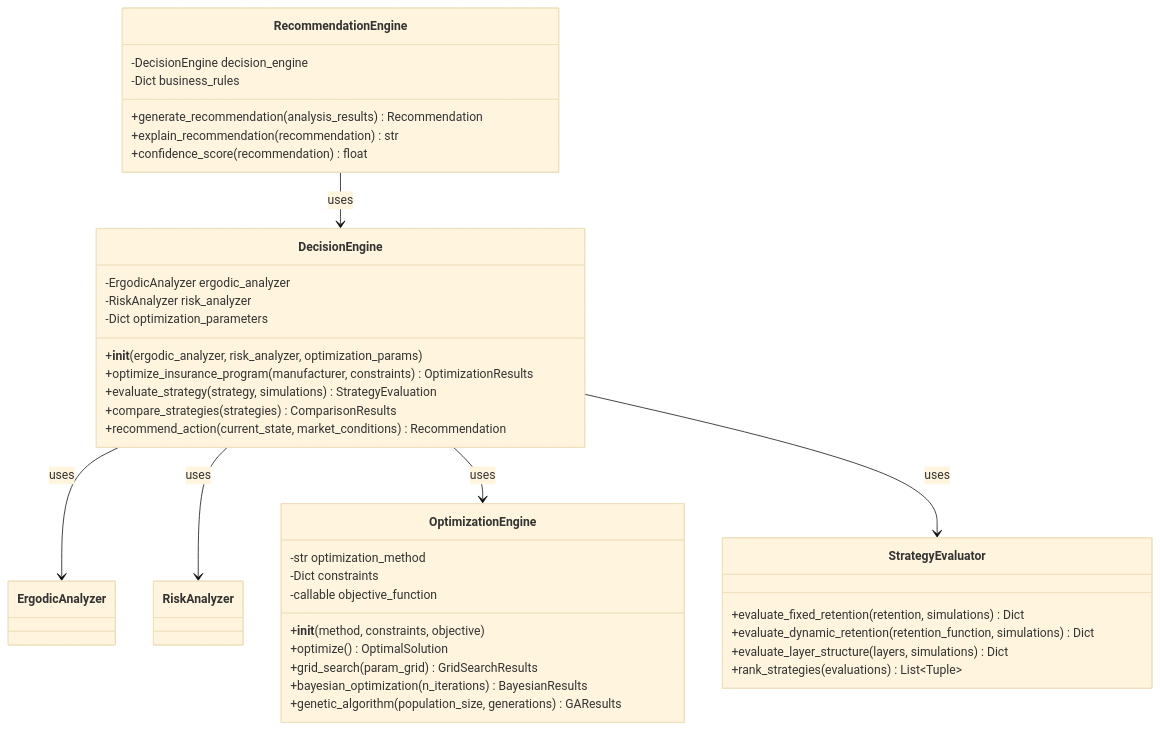
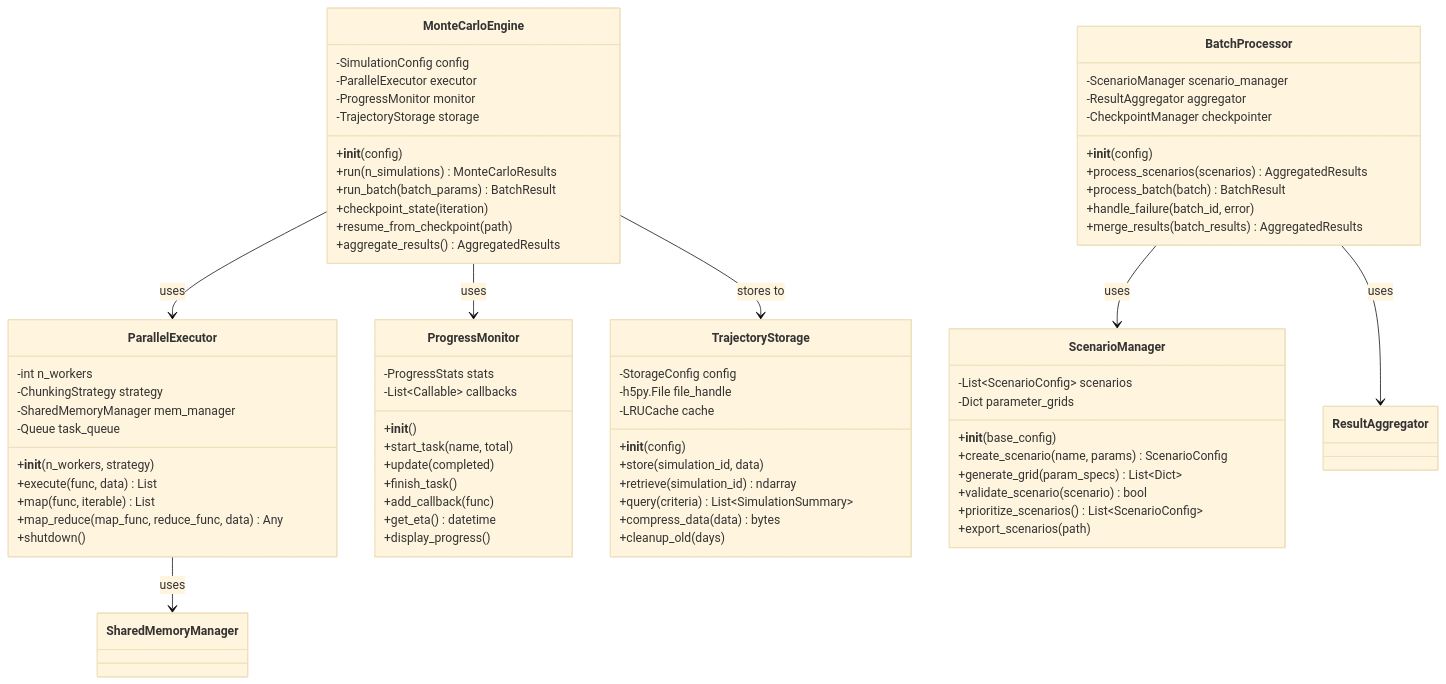
One commit to AlexFiliakov/Ergodic-Insurance-Limits changed the second of 5 diagrams in ergodic_insurance/docs/architecture/class_diagrams/service_layer.md. Above: the diagram before and after it, drawn with Mermaid (base theme). The commit also changed other lines of this file and 24 other files, not shown here.

````diff
--- a/ergodic_insurance/docs/architecture/class_diagrams/service_layer.md
+++ b/ergodic_insurance/docs/architecture/class_diagrams/service_layer.md
@@ -59,45 +81,80 @@
 ```mermaid
 classDiagram
-    class DecisionEngine {
-        -ErgodicAnalyzer ergodic_analyzer
-        -RiskAnalyzer risk_analyzer
-        -Dict optimization_parameters
-        +__init__(ergodic_analyzer, risk_analyzer, optimization_params)
-        +optimize_insurance_program(manufacturer, constraints) OptimizationResults
-        +evaluate_strategy(strategy, simulations) StrategyEvaluation
-        +compare_strategies(strategies) ComparisonResults
-        +recommend_action(current_state, market_conditions) Recommendation
+    class MonteCarloEngine {
+        -SimulationConfig config
+        -ParallelExecutor executor
+        -ProgressMonitor monitor
+        -TrajectoryStorage storage
+        +__init__(config)
+        +run(n_simulations) MonteCarloResults
+        +run_batch(batch_params) BatchResult
+        +checkpoint_state(iteration)
+        +resume_from_checkpoint(path)
+        +aggregate_results() AggregatedResults
     }
 
-    class OptimizationEngine {
-        -str optimization_method
-        -Dict constraints
-        -callable objective_function
-        +__init__(method, constraints, objective)
-        +optimize() OptimalSolution
-        +grid_search(param_grid) GridSearchResults
-        +bayesian_optimization(n_iterations) BayesianResults
-        +genetic_algorithm(population_size, generations) GAResults
+    class ParallelExecutor {
+        -int n_workers
+        -ChunkingStrategy strategy
+        -SharedMemoryManager mem_manager
+        -Queue task_queue
+        +__init__(n_workers, strategy)
+        +execute(func, data) List
+        +map(func, iterable) List
+        +map_reduce(map_func, reduce_func, data) Any
+        +shutdown()
     }
 
-    class StrategyEvaluator {
-        +evaluate_fixed_retention(retention, simulations) Dict
-        +evaluate_dynamic_retention(retention_function, simulations) Dict
-        +evaluate_layer_structure(layers, simulations) Dict
-        +rank_strategies(evaluations) List~Tuple~
+    class BatchProcessor {
+        -ScenarioManager scenario_manager
+        -ResultAggregator aggregator
+        -CheckpointManager checkpointer
+        +__init__(config)
+        +process_scenarios(scenarios) AggregatedResults
+        +process_batch(batch) BatchResult
+        +handle_failure(batch_id, error)
+        +merge_results(batch_results) AggregatedResults
     }
 
-    class RecommendationEngine {
-        -DecisionEngine decision_engine
-        -Dict business_rules
-        +generate_recommendation(analysis_results) Recommendation
-        +explain_recommendation(recommendation) str
-        +confidence_score(recommendation) float
+    class ScenarioManager {
+        -List~ScenarioConfig~ scenarios
+        -Dict parameter_grids
+        +__init__(base_config)
+        +create_scenario(name, params) ScenarioConfig
+        +generate_grid(param_specs) List~Dict~
+        +validate_scenario(scenario) bool
+        +prioritize_scenarios() List~ScenarioConfig~
+        +export_scenarios(path)
     }
 
-    DecisionEngine --> ErgodicAnalyzer: uses
-    DecisionEngine --> RiskAnalyzer: uses
-    DecisionEngine --> OptimizationEngine: uses
-    DecisionEngine --> StrategyEvaluator: uses
-    RecommendationEngine --> DecisionEngine: uses
+    class TrajectoryStorage {
+        -StorageConfig config
+        -h5py.File file_handle
+        -LRUCache cache
+        +__init__(config)
+        +store(simulation_id, data)
+        +retrieve(simulation_id) ndarray
+        +query(criteria) List~SimulationSummary~
+        +compress_data(data) bytes
+        +cleanup_old(days)
+    }
+
+    class ProgressMonitor {
+        -ProgressStats stats
+        -List~Callable~ callbacks
+        +__init__()
+        +start_task(name, total)
+        +update(completed)
+        +finish_task()
+        +add_callback(func)
+        +get_eta() datetime
+        +display_progress()
+    }
+
+    MonteCarloEngine --> ParallelExecutor : uses
+    MonteCarloEngine --> ProgressMonitor : uses
+    MonteCarloEngine --> TrajectoryStorage : stores to
+    ParallelExecutor --> SharedMemoryManager : uses
+    BatchProcessor --> ScenarioManager : uses
+    BatchProcessor --> ResultAggregator : uses
 ```
````
